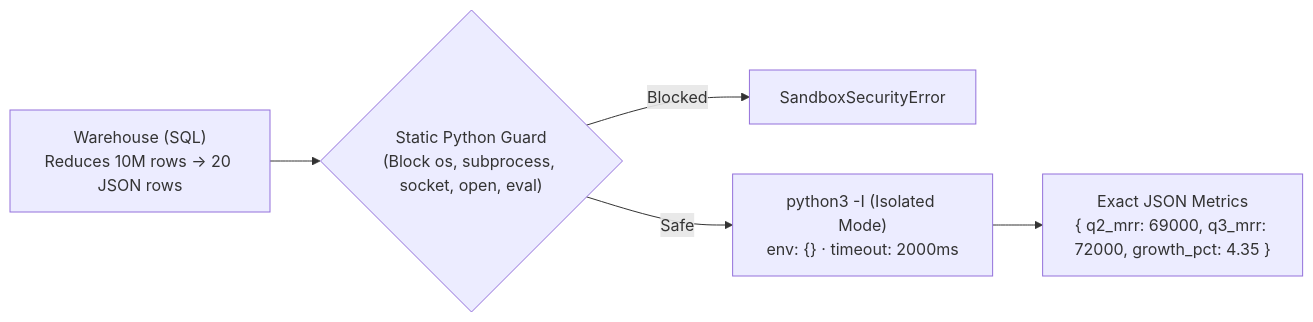
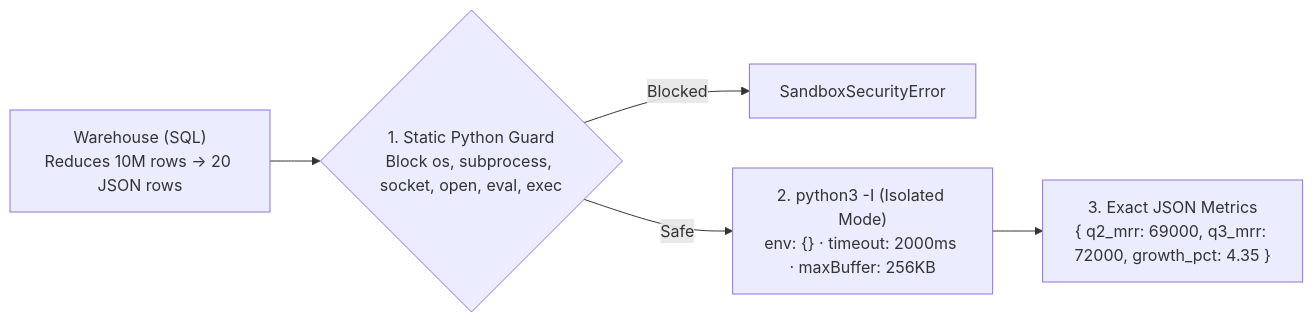
One commit to Amie-dev/FDE-and-GenAI-Mastery changed the diagram in Lecture 26 - Semantic Text-to-SQL and Analytical Python/notes/06_Sandboxed_Python_Analytical_Intelligence.md. Above: the diagram before and after it, drawn with Mermaid. The commit also changed other lines of this file and 92 other files, not shown here.

````diff
--- a/Lecture 26 - Semantic Text-to-SQL and Analytical Python/notes/06_Sandboxed_Python_Analytical_Intelligence.md
+++ b/Lecture 26 - Semantic Text-to-SQL and Analytical Python/notes/06_Sandboxed_Python_Analytical_Intelligence.md
@@ -34,7 +36,7 @@
 ```mermaid
 flowchart LR
-    WH["Warehouse (SQL)<br/>Reduces 10M rows -> 20 JSON rows"] --> Guard{"Static Python Guard<br/>(Block os, subprocess, socket, open, eval)"}
-    Guard -->|"Blocked"| Reject["SandboxSecurityError"]
-    Guard -->|"Safe"| Py["python3 -I (Isolated Mode)<br/>env: {} · timeout: 2000ms"]
-    Py --> JSON["Exact JSON Metrics<br/>{ q2_mrr: 69000, q3_mrr: 72000, growth_pct: 4.35 }"]
+    WH["Warehouse (SQL)<br/>Reduces 10M rows -> 20 JSON rows"] --> Guard{"1. Static Python Guard<br/>Block os, subprocess, socket, open, eval, exec"}
+    Guard -->|"Blocked"| Err["SandboxSecurityError"]
+    Guard -->|"Safe"| Py["2. python3 -I (Isolated Mode)<br/>env: {} · timeout: 2000ms · maxBuffer: 256KB"]
+    Py --> JSON["3. Exact JSON Metrics<br/>{ q2_mrr: 69000, q3_mrr: 72000, growth_pct: 4.35 }"]
 ```
````
